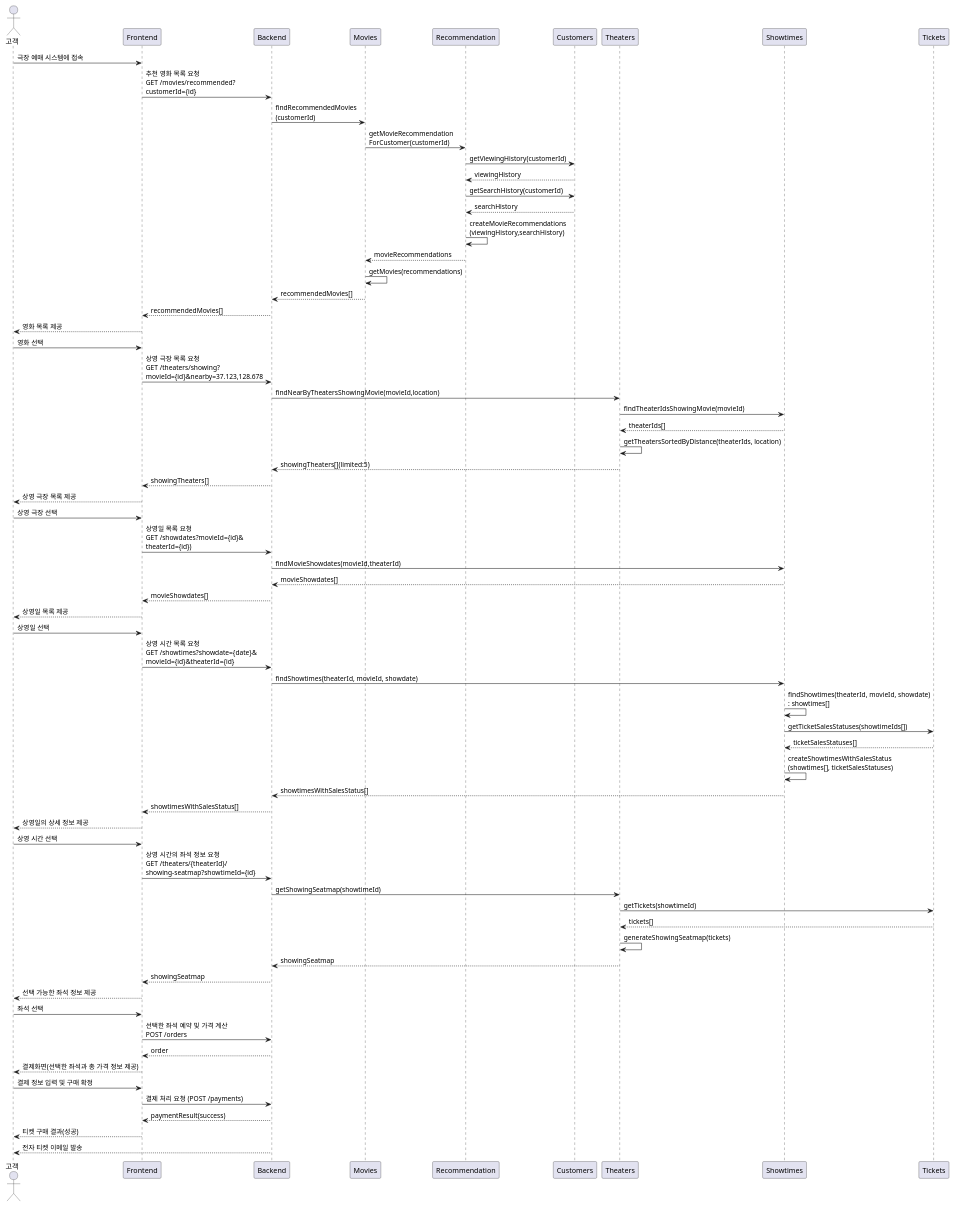
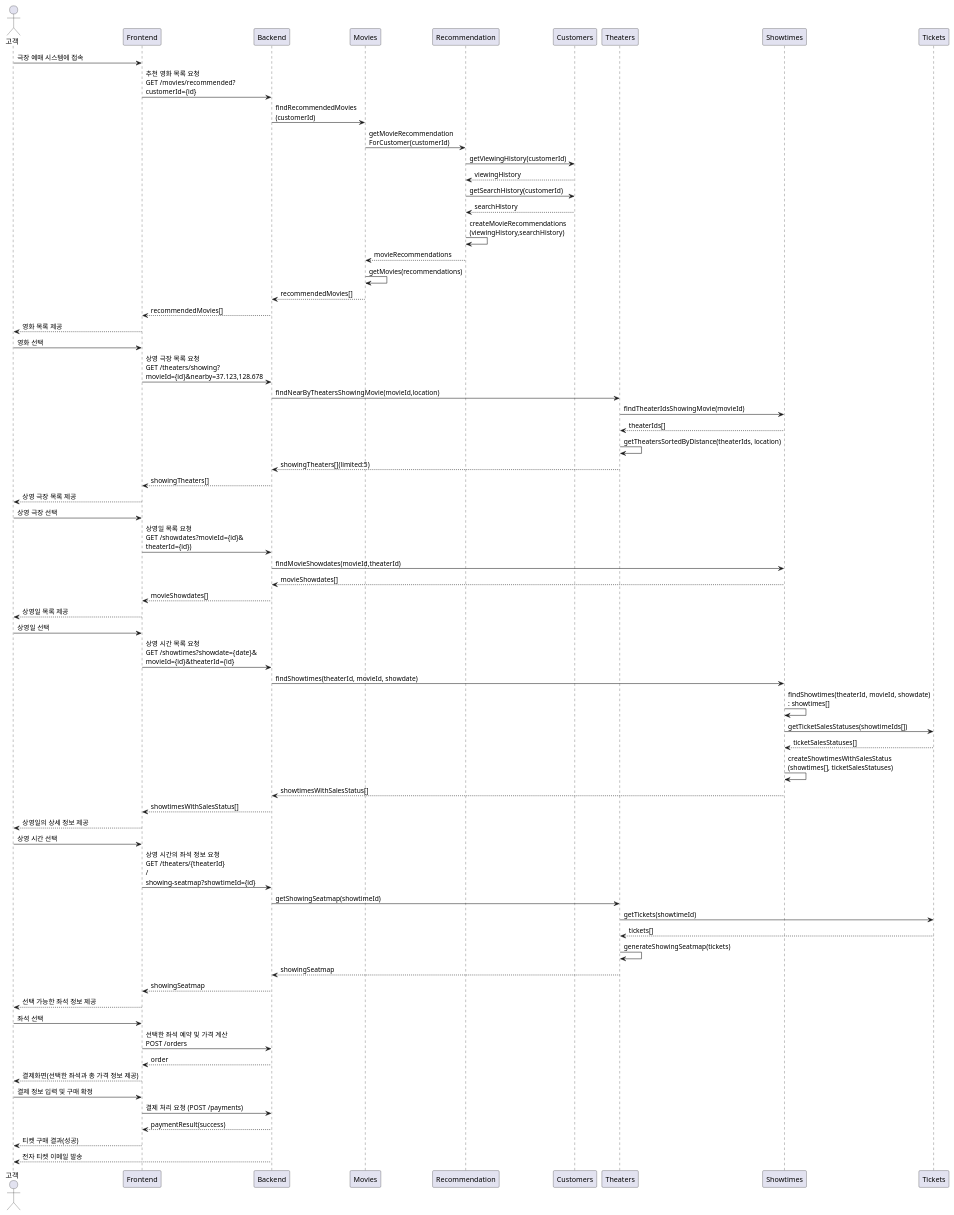
One commit to mannercode/backend-fundamentals changed the first of 6 diagrams in docs/buy-tickets.md. Above: the diagram before and after it, drawn with PlantUML. The commit also changed other lines of this file and 1 other file, not shown here.

````diff
--- a/docs/buy-tickets.md
+++ b/docs/buy-tickets.md
@@ -57,72 +57,72 @@
 ```plantuml
 @startuml
 actor 고객 as customer
 participant "Frontend" as front
 participant "Backend" as back
 participant "Movies" as movies
 participant "Recommendation" as recommend
 participant "Customers" as customsvc
 participant "Theaters" as theaters
 participant "Showtimes" as showtimes
 participant "Tickets" as tickets
 
 customer -> front : 극장 예매 시스템에 접속
 front -> back : 추천 영화 목록 요청\nGET /movies/recommended?\ncustomerId={id}
 back -> movies : findRecommendedMovies\n(customerId)
 movies -> recommend : getMovieRecommendation\nForCustomer(customerId)
 recommend -> customsvc : getViewingHistory(customerId)
 recommend <-- customsvc : viewingHistory
 recommend -> customsvc : getSearchHistory(customerId)
 recommend <-- customsvc : searchHistory
 recommend -> recommend : createMovieRecommendations\n(viewingHistory,searchHistory)
 movies <-- recommend : movieRecommendations
 movies -> movies : getMovies(recommendations)
 back <-- movies : recommendedMovies[]
 front <-- back : recommendedMovies[]
 customer <-- front : 영화 목록 제공
 customer -> front : 영화 선택
 front -> back : 상영 극장 목록 요청\nGET /theaters/showing?\nmovieId={id}&nearby=37.123,128.678
 back -> theaters: findNearByTheatersShowingMovie(movieId,location)
 theaters -> showtimes: findTheaterIdsShowingMovie(movieId)
 theaters <-- showtimes: theaterIds[]
 theaters -> theaters: getTheatersSortedByDistance(theaterIds, location)
 back <-- theaters: showingTheaters[](limited:5)
 front <-- back : showingTheaters[]
 customer <-- front : 상영 극장 목록 제공
 customer -> front : 상영 극장 선택
 front -> back : 상영일 목록 요청\nGET /showdates?movieId={id}&\ntheaterId={id})
 back -> showtimes: findMovieShowdates(movieId,theaterId)
 back <-- showtimes: movieShowdates[]
 front <-- back : movieShowdates[]
 customer <-- front : 상영일 목록 제공
 customer -> front : 상영일 선택
 front -> back : 상영 시간 목록 요청\nGET /showtimes?showdate={date}&\nmovieId={id}&theaterId={id}
 back -> showtimes: findShowtimes(theaterId, movieId, showdate)
 showtimes -> showtimes: findShowtimes(theaterId, movieId, showdate)\n: showtimes[]
 showtimes -> tickets: getTicketSalesStatuses(showtimeIds[])
 showtimes <-- tickets: ticketSalesStatuses[]
 showtimes -> showtimes: createShowtimesWithSalesStatus\n(showtimes[], ticketSalesStatuses)
 back <-- showtimes: showtimesWithSalesStatus[]
 front <-- back : showtimesWithSalesStatus[]
 customer <-- front : 상영일의 상세 정보 제공
 customer -> front : 상영 시간 선택
-front -> back : 상영 시간의 좌석 정보 요청\nGET /theaters/{theaterId}/\nshowing-seatmap?showtimeId={id}
+front -> back : 상영 시간의 좌석 정보 요청\nGET /theaters/{theaterId}\n/\nshowing-seatmap?showtimeId={id}
 back -> theaters : getShowingSeatmap(showtimeId)
 theaters -> tickets : getTickets(showtimeId)
 theaters <-- tickets : tickets[]
 theaters -> theaters : generateShowingSeatmap(tickets)
 back <-- theaters: showingSeatmap
 front <-- back : showingSeatmap
 customer <-- front : 선택 가능한 좌석 정보 제공
 customer -> front : 좌석 선택
 front -> back : 선택한 좌석 예약 및 가격 계산\nPOST /orders
 front <-- back : order
 customer <-- front : 결제화면(선택한 좌석과 총 가격 정보 제공)
 customer -> front : 결제 정보 입력 및 구매 확정
 front -> back : 결제 처리 요청 (POST /payments)
 front <-- back : paymentResult(success)
 customer <-- front : 티켓 구매 결과(성공)
 customer <-- back : 전자 티켓 이메일 발송
 @enduml
 
 ```
````
